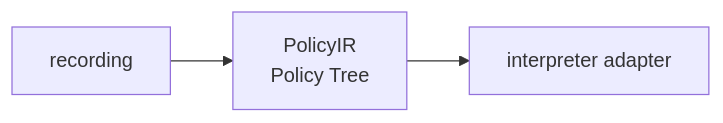
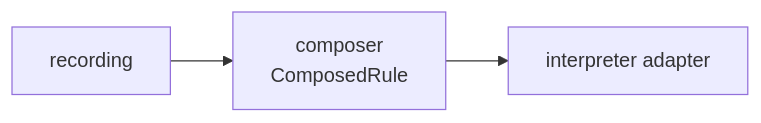
One commit to untangledfinance/oz-policy-builder changed the third of 3 diagrams in docs/architecture.md. Above: the diagram before and after it, drawn with Mermaid. The commit also changed other lines of this file, not shown here.

First line of the commit message:
docs(architecture): drop the removed IR layer and the now selector

````diff
--- a/docs/architecture.md
+++ b/docs/architecture.md
@@ -106,5 +102,5 @@
 ```mermaid
 flowchart LR
-    src["recording"] --> ir["PolicyIR<br/>Policy Tree"]
-    ir --> interp["interpreter adapter"]
+    src["recording"] --> comp["composer<br/>ComposedRule"]
+    comp --> interp["interpreter adapter"]
 ```
````
